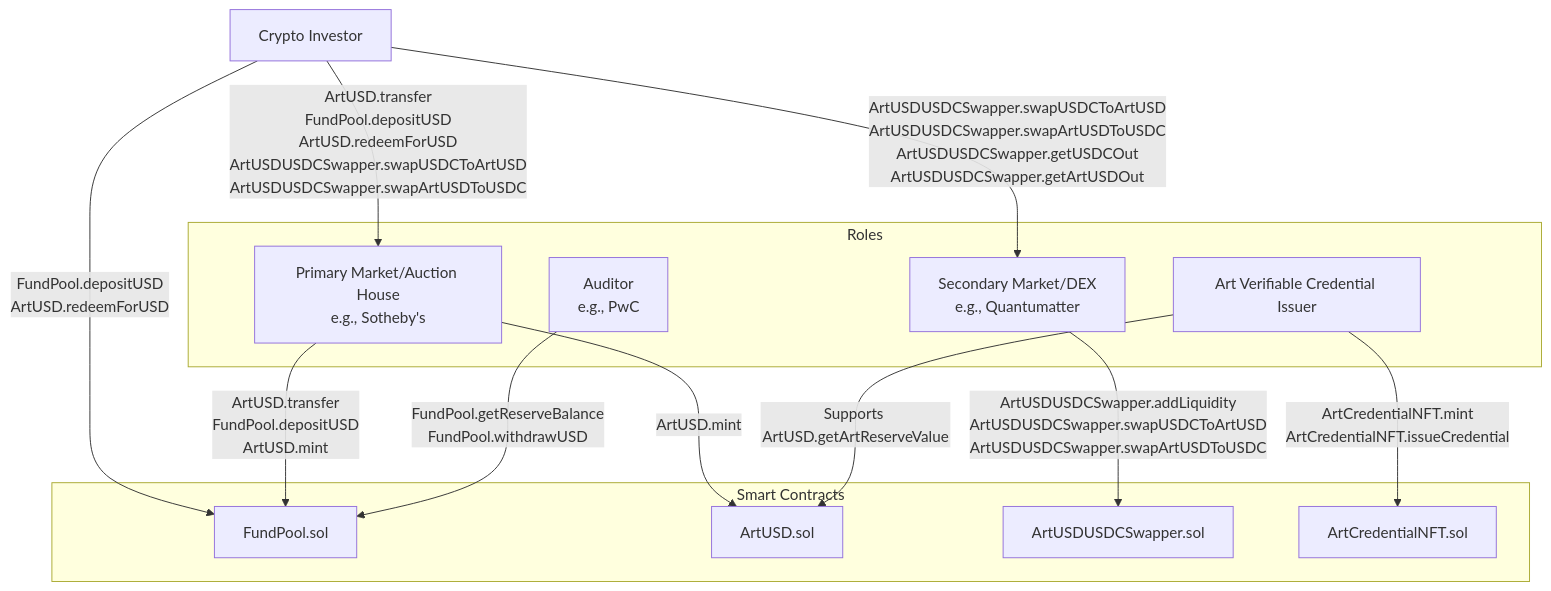
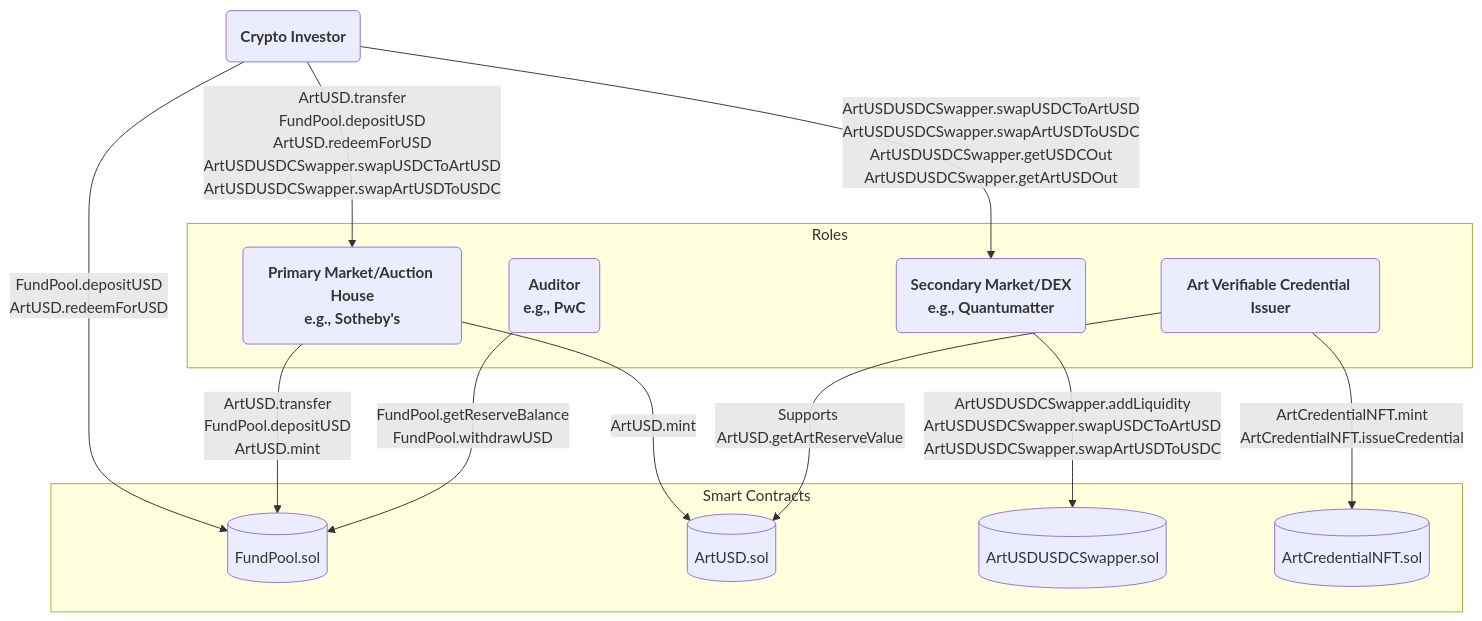
The diagram in README.md (realmatterio/ArtUSD), drawn with Mermaid before and after one commit. The commit also changed other lines of this file, not shown here.

````diff
--- a/README.md
+++ b/README.md
@@ -57,32 +57,31 @@
 ```mermaid
-graph TD
+flowchart TD
 
-    A[Crypto Investor] -->|ArtUSD.transfer<br>FundPool.depositUSD<br>ArtUSD.redeemForUSD<br>ArtUSDUSDCSwapper.swapUSDCToArtUSD<br>ArtUSDUSDCSwapper.swapArtUSDToUSDC| B[Primary Market/Auction House<br>e.g., Sotheby's]
-
-    A -->|ArtUSDUSDCSwapper.swapUSDCToArtUSD<br>ArtUSDUSDCSwapper.swapArtUSDToUSDC<br>ArtUSDUSDCSwapper.getUSDCOut<br>ArtUSDUSDCSwapper.getArtUSDOut| C[Secondary Market/DEX<br>e.g., Quantumatter]
-    A -->|FundPool.depositUSD<br>ArtUSD.redeemForUSD| D[FundPool.sol]
+    A(<b style="font-size: 16px;">Crypto Investor</b>) -->|ArtUSD.transfer<br>FundPool.depositUSD<br>ArtUSD.redeemForUSD<br>ArtUSDUSDCSwapper.swapUSDCToArtUSD<br>ArtUSDUSDCSwapper.swapArtUSDToUSDC| B(<b style="font-size: 16px;">Primary Market/Auction House<br>e.g., Sotheby's</b>)
+    A -->|ArtUSDUSDCSwapper.swapUSDCToArtUSD<br>ArtUSDUSDCSwapper.swapArtUSDToUSDC<br>ArtUSDUSDCSwapper.getUSDCOut<br>ArtUSDUSDCSwapper.getArtUSDOut| C(<b style="font-size: 16px;">Secondary Market/DEX<br>e.g., Quantumatter</b>)
+    A -->|FundPool.depositUSD<br>ArtUSD.redeemForUSD| D[(FundPool.sol)]
 
     subgraph Roles
-        B[Primary Market/Auction House<br>e.g., Sotheby's]
-        C[Secondary Market/DEX<br>e.g., Quantumatter]
-        G[Art Verifiable Credential Issuer]
-        I[Auditor<br>e.g., PwC]
+        B(<b style="font-size: 16px;">Primary Market/Auction House<br>e.g., Sotheby's</b>)
+        C(<b style="font-size: 16px;">Secondary Market/DEX<br>e.g., Quantumatter</b>)
+        G(<b style="font-size: 16px;">Art Verifiable Credential Issuer</b>)
+        I(<b style="font-size: 16px;">Auditor<br>e.g., PwC</b>)
     end
     
     B -->|ArtUSD.transfer<br>FundPool.depositUSD<br>ArtUSD.mint| D
-    B -->|ArtUSD.mint| E[ArtUSD.sol]
+    B -->|ArtUSD.mint| E[(ArtUSD.sol)]
     
-    C -->|ArtUSDUSDCSwapper.addLiquidity<br>ArtUSDUSDCSwapper.swapUSDCToArtUSD<br>ArtUSDUSDCSwapper.swapArtUSDToUSDC| F[ArtUSDUSDCSwapper.sol]
+    C -->|ArtUSDUSDCSwapper.addLiquidity<br>ArtUSDUSDCSwapper.swapUSDCToArtUSD<br>ArtUSDUSDCSwapper.swapArtUSDToUSDC| F[(ArtUSDUSDCSwapper.sol)]
     
-    G[Art Verifiable Credential Issuer] -->|ArtCredentialNFT.mint<br>ArtCredentialNFT.issueCredential| H[ArtCredentialNFT.sol]
+    G -->|ArtCredentialNFT.mint<br>ArtCredentialNFT.issueCredential| H[(ArtCredentialNFT.sol)]
     G -->|Supports ArtUSD.getArtReserveValue| E
     
-    I[Auditor<br>e.g., PwC] -->|FundPool.getReserveBalance<br>FundPool.withdrawUSD| D
+    I -->|FundPool.getReserveBalance<br>FundPool.withdrawUSD| D
     
     subgraph Smart Contracts
-        E[ArtUSD.sol]
-        D[FundPool.sol]
-        F[ArtUSDUSDCSwapper.sol]
-        H[ArtCredentialNFT.sol]
+        E[(ArtUSD.sol)]
+        D[(FundPool.sol)]
+        F[(ArtUSDUSDCSwapper.sol)]
+        H[(ArtCredentialNFT.sol)]
     end
 ```
````
